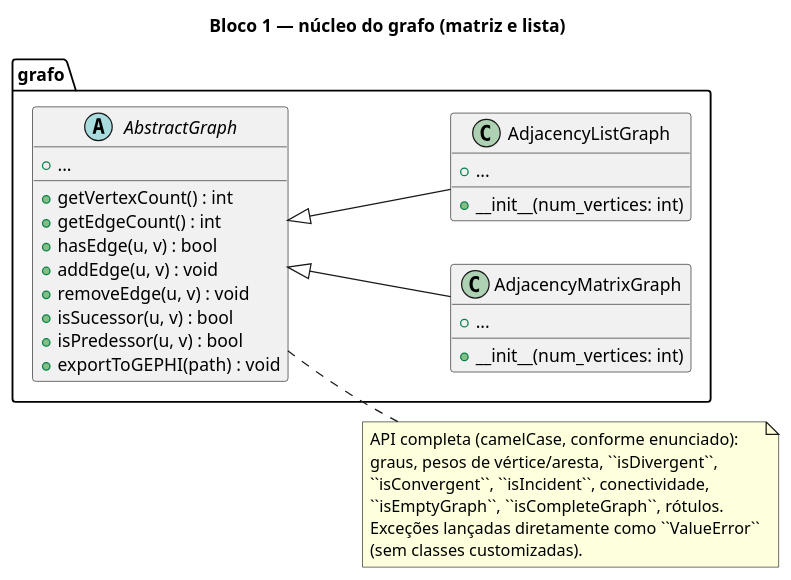
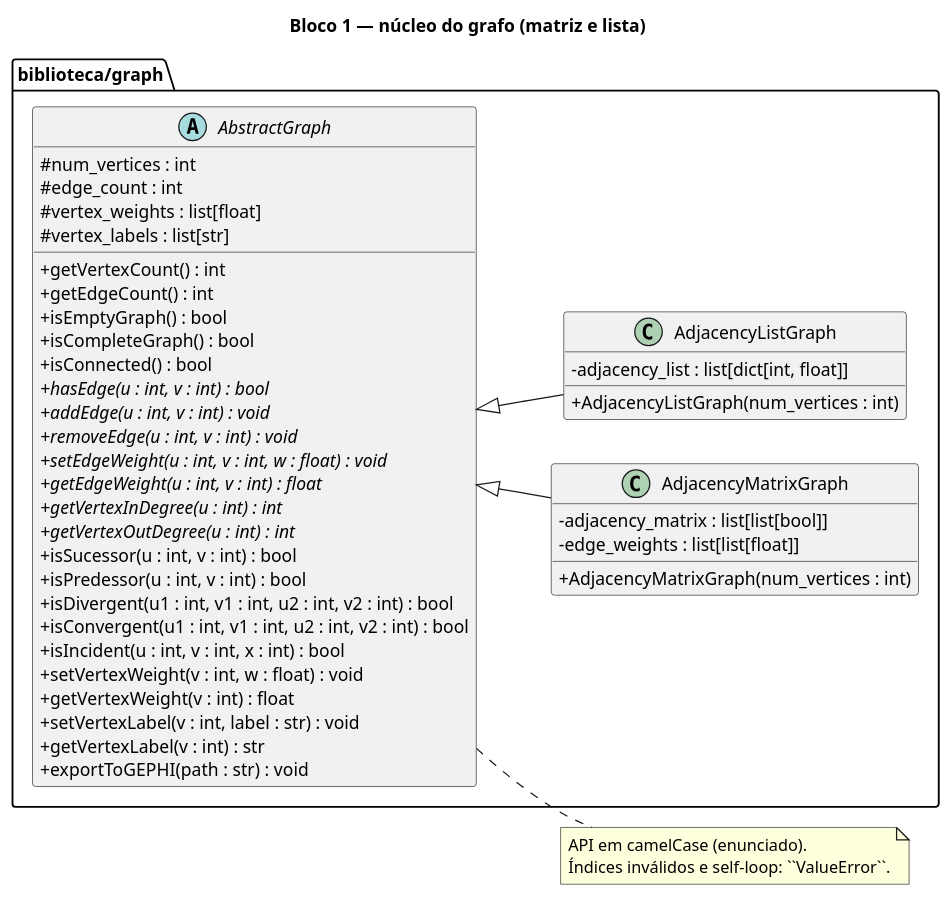
Before and after one commit to Erickguedesc/trabalho-pratico-grafos: the diagram in docs/contrato/diagrama-grafo.puml, drawn with PlantUML. The commit also changed 9 other files, not shown here.

Commit message:
correção diagramas

```diff
--- a/docs/contrato/diagrama-grafo.puml
+++ b/docs/contrato/diagrama-grafo.puml
@@ -1,43 +1,62 @@
 @startuml diagrama-grafo
 
 title Bloco 1 — núcleo do grafo (matriz e lista)
 
+skinparam classAttributeIconSize 0
 left to right direction
 
-package grafo {
+package "biblioteca/graph" as grafo {
+
   abstract class AbstractGraph {
+    # num_vertices : int
+    # edge_count : int
+    # vertex_weights : list[float]
+    # vertex_labels : list[str]
+    __
     + getVertexCount() : int
     + getEdgeCount() : int
-    + hasEdge(u, v) : bool
-    + addEdge(u, v) : void
-    + removeEdge(u, v) : void
-    + isSucessor(u, v) : bool
-    + isPredessor(u, v) : bool
-    + exportToGEPHI(path) : void
-    + ...
+    + isEmptyGraph() : bool
+    + isCompleteGraph() : bool
+    + isConnected() : bool
+    + {abstract} hasEdge(u : int, v : int) : bool
+    + {abstract} addEdge(u : int, v : int) : void
+    + {abstract} removeEdge(u : int, v : int) : void
+    + {abstract} setEdgeWeight(u : int, v : int, w : float) : void
+    + {abstract} getEdgeWeight(u : int, v : int) : float
+    + {abstract} getVertexInDegree(u : int) : int
+    + {abstract} getVertexOutDegree(u : int) : int
+    + isSucessor(u : int, v : int) : bool
+    + isPredessor(u : int, v : int) : bool
+    + isDivergent(u1 : int, v1 : int, u2 : int, v2 : int) : bool
+    + isConvergent(u1 : int, v1 : int, u2 : int, v2 : int) : bool
+    + isIncident(u : int, v : int, x : int) : bool
+    + setVertexWeight(v : int, w : float) : void
+    + getVertexWeight(v : int) : float
+    + setVertexLabel(v : int, label : str) : void
+    + getVertexLabel(v : int) : str
+    + exportToGEPHI(path : str) : void
   }
 
   class AdjacencyMatrixGraph {
-    + __init__(num_vertices: int)
-    + ...
+    - adjacency_matrix : list[list[bool]]
+    - edge_weights : list[list[float]]
+    __
+    + AdjacencyMatrixGraph(num_vertices : int)
   }
 
   class AdjacencyListGraph {
-    + __init__(num_vertices: int)
-    + ...
+    - adjacency_list : list[dict[int, float]]
+    __
+    + AdjacencyListGraph(num_vertices : int)
   }
 }
 
 AbstractGraph <|-- AdjacencyMatrixGraph
 AbstractGraph <|-- AdjacencyListGraph
 
 note right of AbstractGraph
-  API completa (camelCase, conforme enunciado):
-  graus, pesos de vértice/aresta, ``isDivergent``,
-  ``isConvergent``, ``isIncident``, conectividade,
-  ``isEmptyGraph``, ``isCompleteGraph``, rótulos.
-  Exceções lançadas diretamente como ``ValueError``
-  (sem classes customizadas).
+  API em camelCase (enunciado).
+  Índices inválidos e self-loop: ``ValueError``.
 end note
 
 @enduml
```
